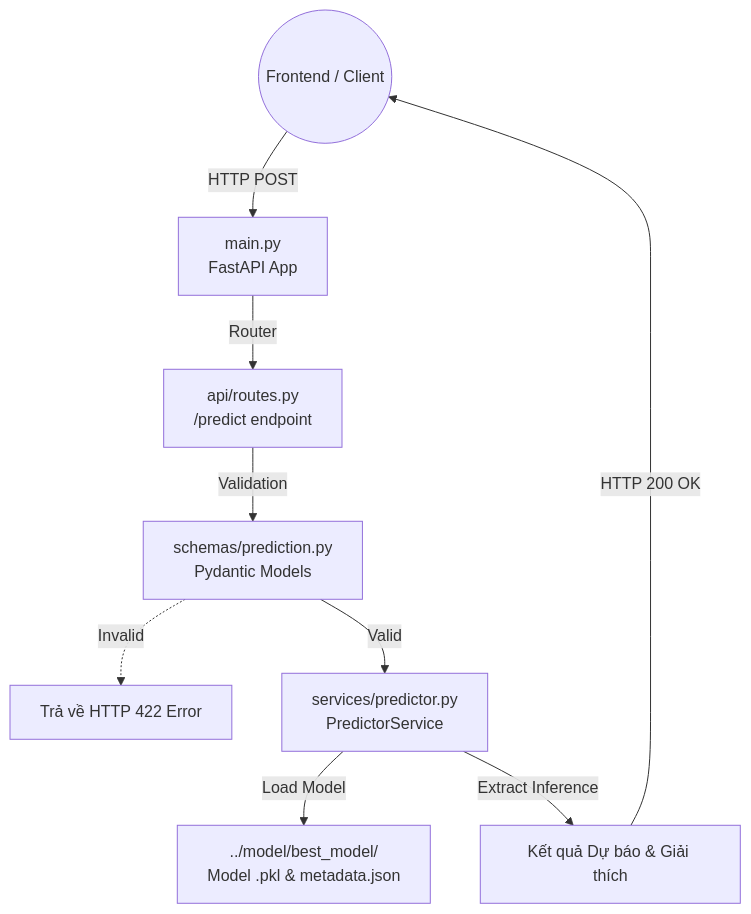
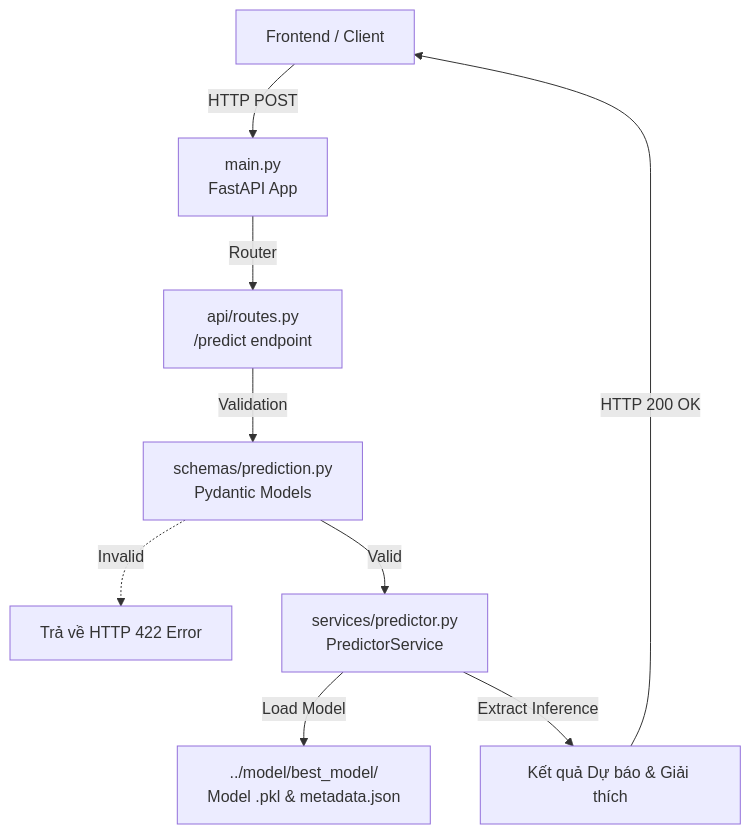
Before and after one commit to uit-25730067-chithanh/AI002-Team22-DT10: the diagram in backend/README.md, drawn with Mermaid. The commit also changed 6 other files, not shown here.

Commit message:
fix: make Mermaid diagrams render on GitHub

````diff
--- a/backend/README.md
+++ b/backend/README.md
@@ -14,13 +14,13 @@
 ```mermaid
 flowchart TD
-    Client((Frontend / Client)) -->|HTTP POST| Main[main.py\nFastAPI App]
-    Main -->|Router| API[api/routes.py\n/predict endpoint]
+    Client["Frontend / Client"] -->|HTTP POST| Main["main.py<br/>FastAPI App"]
+    Main -->|Router| API["api/routes.py<br/>/predict endpoint"]
     
-    API -->|Validation| Schemas[schemas/prediction.py\nPydantic Models]
-    Schemas -.->|Invalid| API_Err[Trả về HTTP 422 Error]
-    Schemas -->|Valid| Predictor[services/predictor.py\nPredictorService]
+    API -->|Validation| Schemas["schemas/prediction.py<br/>Pydantic Models"]
+    Schemas -.->|Invalid| API_Err["Trả về HTTP 422 Error"]
+    Schemas -->|Valid| Predictor["services/predictor.py<br/>PredictorService"]
     
-    Predictor -->|Load Model| ModelDir[../model/best_model/\nModel .pkl & metadata.json]
-    Predictor -->|Extract Inference| Result[Kết quả Dự báo & Giải thích]
+    Predictor -->|Load Model| ModelDir["../model/best_model/<br/>Model .pkl & metadata.json"]
+    Predictor -->|Extract Inference| Result["Kết quả Dự báo & Giải thích"]
     Result -->|HTTP 200 OK| Client
 ```
````
